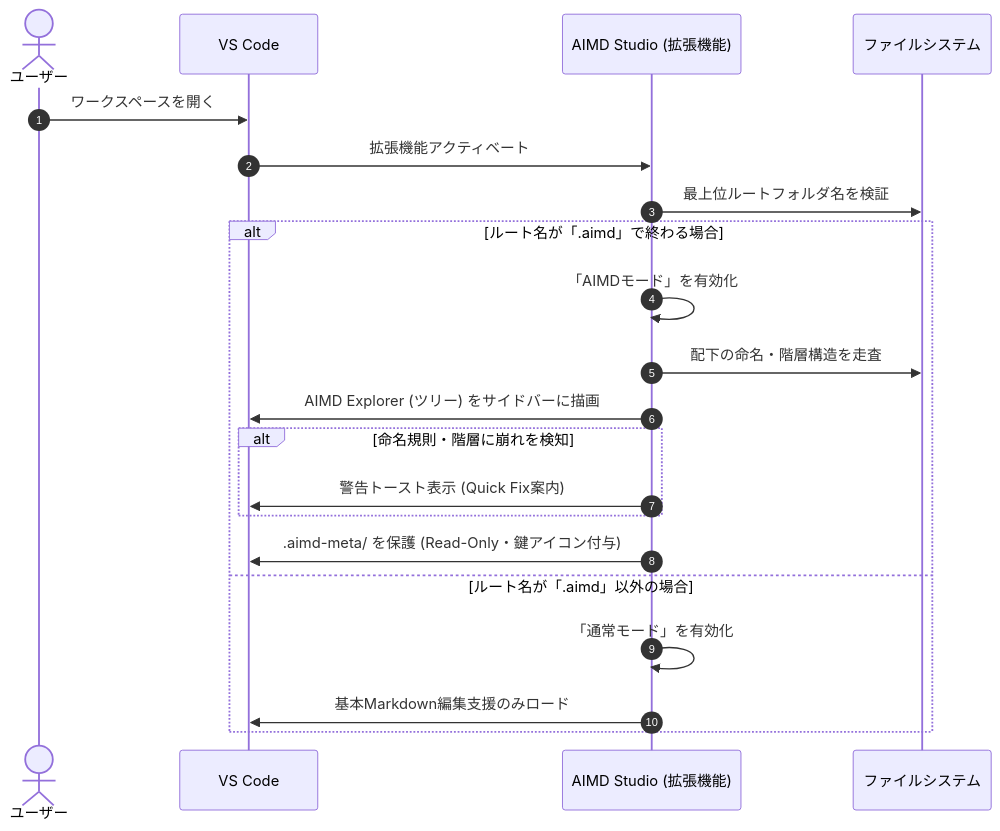
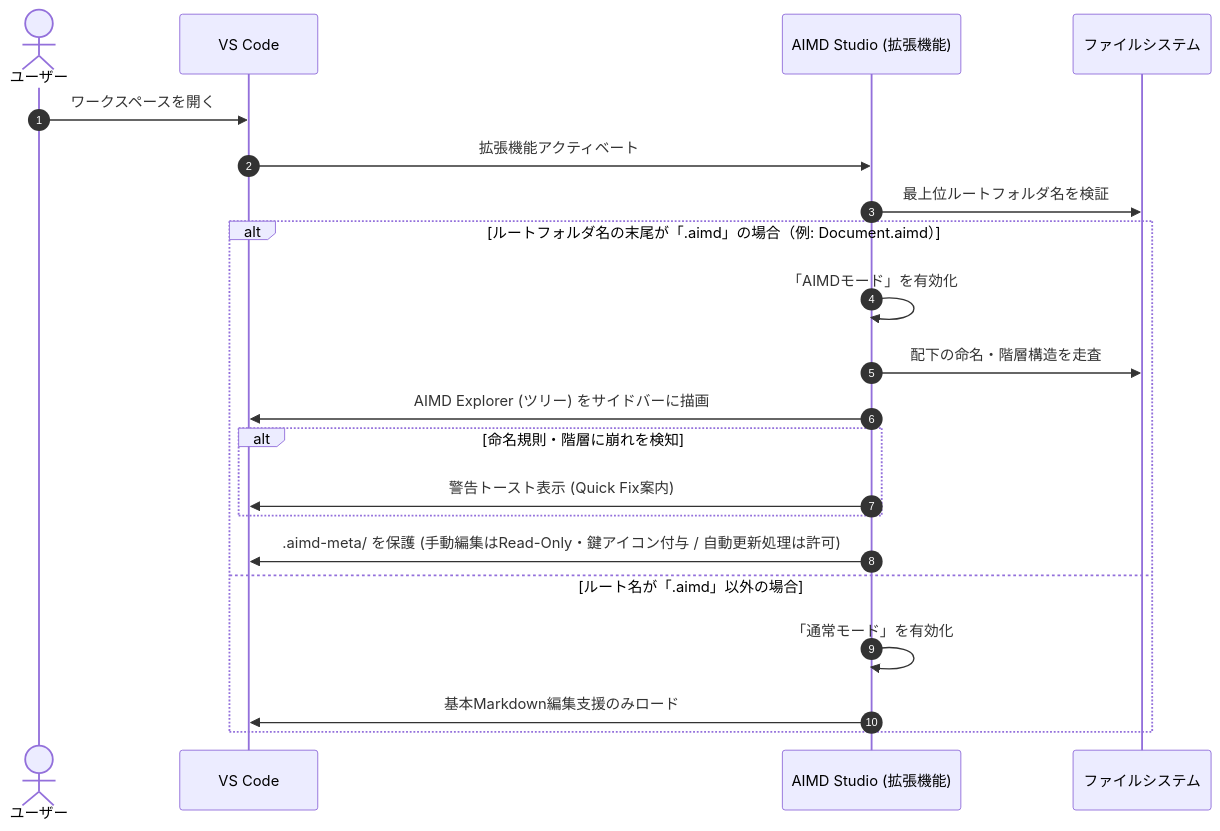
The second of 6 diagrams in 02_要件定義/AIMDStudio.md (kazukig/MarkdownProject), drawn with Mermaid before and after one commit. The commit also changed other lines of this file, not shown here.

Commit message:
docs: clarify AIMD mode and metadata/image path notes

````diff
--- a/02_要件定義/AIMDStudio.md
+++ b/02_要件定義/AIMDStudio.md
@@ -134,24 +134,24 @@
 ```mermaid
 sequenceDiagram
     autonumber
     actor ユーザー
     participant VSCode as VS Code
     participant Ext as AIMD Studio (拡張機能)
     participant FS as ファイルシステム
 
     ユーザー->>VSCode: ワークスペースを開く
     VSCode->>Ext: 拡張機能アクティベート
     Ext->>FS: 最上位ルートフォルダ名を検証
-    alt ルート名が「.aimd」で終わる場合
+    alt ルートフォルダ名の末尾が「.aimd」の場合（例: Document.aimd）
         Ext->>Ext: 「AIMDモード」を有効化
         Ext->>FS: 配下の命名・階層構造を走査
         Ext->>VSCode: AIMD Explorer (ツリー) をサイドバーに描画
         alt 命名規則・階層に崩れを検知
             Ext->>VSCode: 警告トースト表示 (Quick Fix案内)
         end
-        Ext->>VSCode: .aimd-meta/ を保護 (Read-Only・鍵アイコン付与)
+        Ext->>VSCode: .aimd-meta/ を保護 (手動編集はRead-Only・鍵アイコン付与 / 自動更新処理は許可)
     else ルート名が「.aimd」以外の場合
         Ext->>Ext: 「通常モード」を有効化
         Ext->>VSCode: 基本Markdown編集支援のみロード
     end
 ```
````
